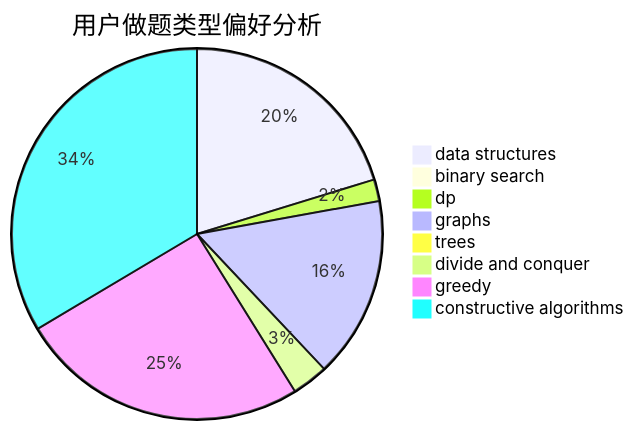
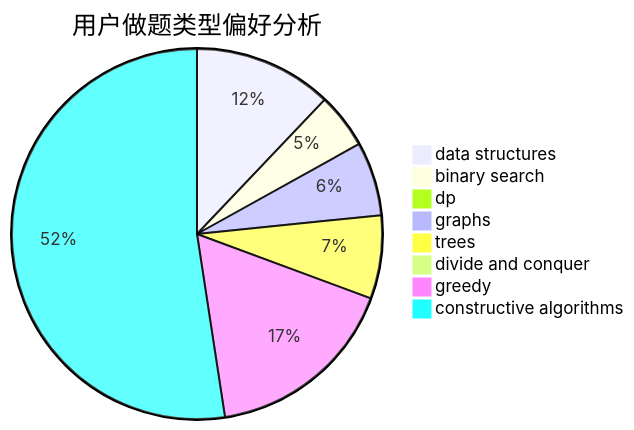
Before and after one commit to sherpahu/cfrs.github.io: the second of 3 diagrams in docs/user/u2505.md, drawn with Mermaid. The commit also changed other lines of this file and 2770 other files, not shown here.

````diff
--- a/docs/user/u2505.md
+++ b/docs/user/u2505.md
@@ -23,11 +23,11 @@
 ```mermaid
 pie title 用户做题类型偏好分析
-    "data structures" :  32
-    "binary search" :  0
-    "dp" :  3
-    "graphs" :  25
-    "trees" :  0
-    "divide and conquer" :  5
-    "greedy" :  40
-    "constructive algorithms" :  53
+    "data structures" :  15
+    "binary search" :  6
+    "dp" :  0
+    "graphs" :  8
+    "trees" :  9
+    "divide and conquer" :  0
+    "greedy" :  21
+    "constructive algorithms" :  65
 ```
````
